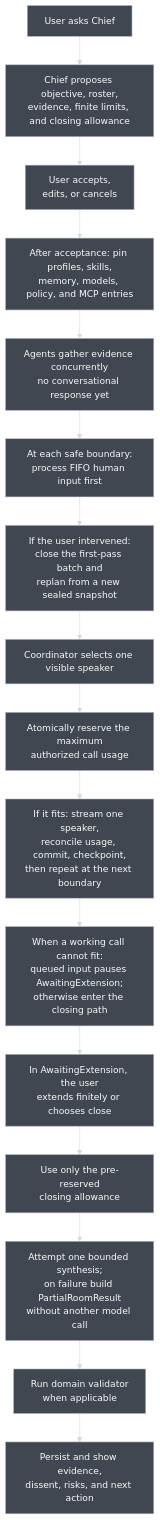
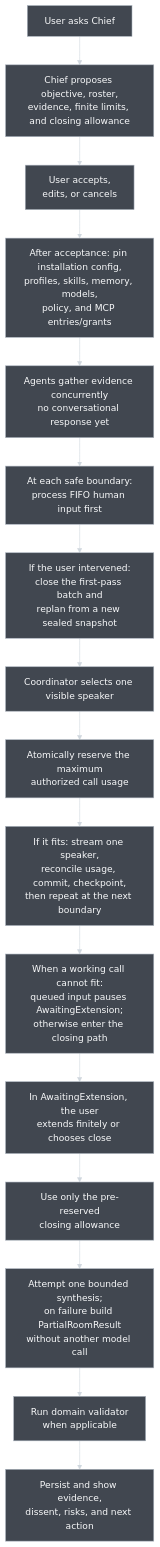
The fourth of 7 diagrams in architecture.md (nsnguyen/ai-stock-forum), drawn with Mermaid before and after one commit. The commit also changed other lines of this file and 1 other file, not shown here.

Commit message:
docs: add version 1 onboarding flow

````diff
--- a/architecture.md
+++ b/architecture.md
@@ -513,40 +683,40 @@
 ```mermaid
 ---
 config:
   theme: base
   themeCSS: "svg { background-color: #2B2F36 !important; }"
   themeVariables:
     darkMode: true
     background: "#2B2F36"
     primaryColor: "#414750"
     primaryTextColor: "#F8F9FA"
     primaryBorderColor: "#AAB2BD"
     secondaryColor: "#343A40"
     secondaryTextColor: "#F8F9FA"
     secondaryBorderColor: "#9AA4AF"
     tertiaryColor: "#4B525C"
     tertiaryTextColor: "#FFFFFF"
     tertiaryBorderColor: "#C5CCD3"
     lineColor: "#D0D7DE"
     textColor: "#F8F9FA"
     edgeLabelBackground: "#343A40"
     clusterBkg: "#30353C"
     clusterBorder: "#8C959F"
 ---
 flowchart TB
     Ask["User asks Chief"] --> Proposal["Chief proposes objective, roster,<br/>evidence, finite limits, and closing allowance"]
     Proposal --> Accept["User accepts,<br/>edits, or cancels"]
-    Accept --> Pin["After acceptance: pin profiles, skills,<br/>memory, models, policy, and MCP entries"]
+    Accept --> Pin["After acceptance: pin installation config,<br/>profiles, skills, memory, models,<br/>policy, and MCP entries/grants"]
     Pin --> Research["Agents gather evidence concurrently<br/>no conversational response yet"]
     Research --> Boundary["At each safe boundary:<br/>process FIFO human input first"]
     Boundary --> Replan["If the user intervened:<br/>close the first-pass batch and<br/>replan from a new sealed snapshot"]
     Replan --> Select["Coordinator selects one visible speaker"]
     Select --> Reserve["Atomically reserve the maximum<br/>authorized call usage"]
     Reserve --> Work["If it fits: stream one speaker,<br/>reconcile usage, commit, checkpoint,<br/>then repeat at the next boundary"]
     Work --> Stop["When a working call cannot fit:<br/>queued input pauses AwaitingExtension;<br/>otherwise enter the closing path"]
     Stop --> Choice["In AwaitingExtension, the user<br/>extends finitely or chooses close"]
     Choice --> Closing["Use only the pre-reserved<br/>closing allowance"]
     Closing --> Synthesis["Attempt one bounded synthesis;<br/>on failure build PartialRoomResult<br/>without another model call"]
     Synthesis --> Validate["Run domain validator<br/>when applicable"]
     Validate --> Result["Persist and show evidence,<br/>dissent, risks, and next action"]
 ```
````
